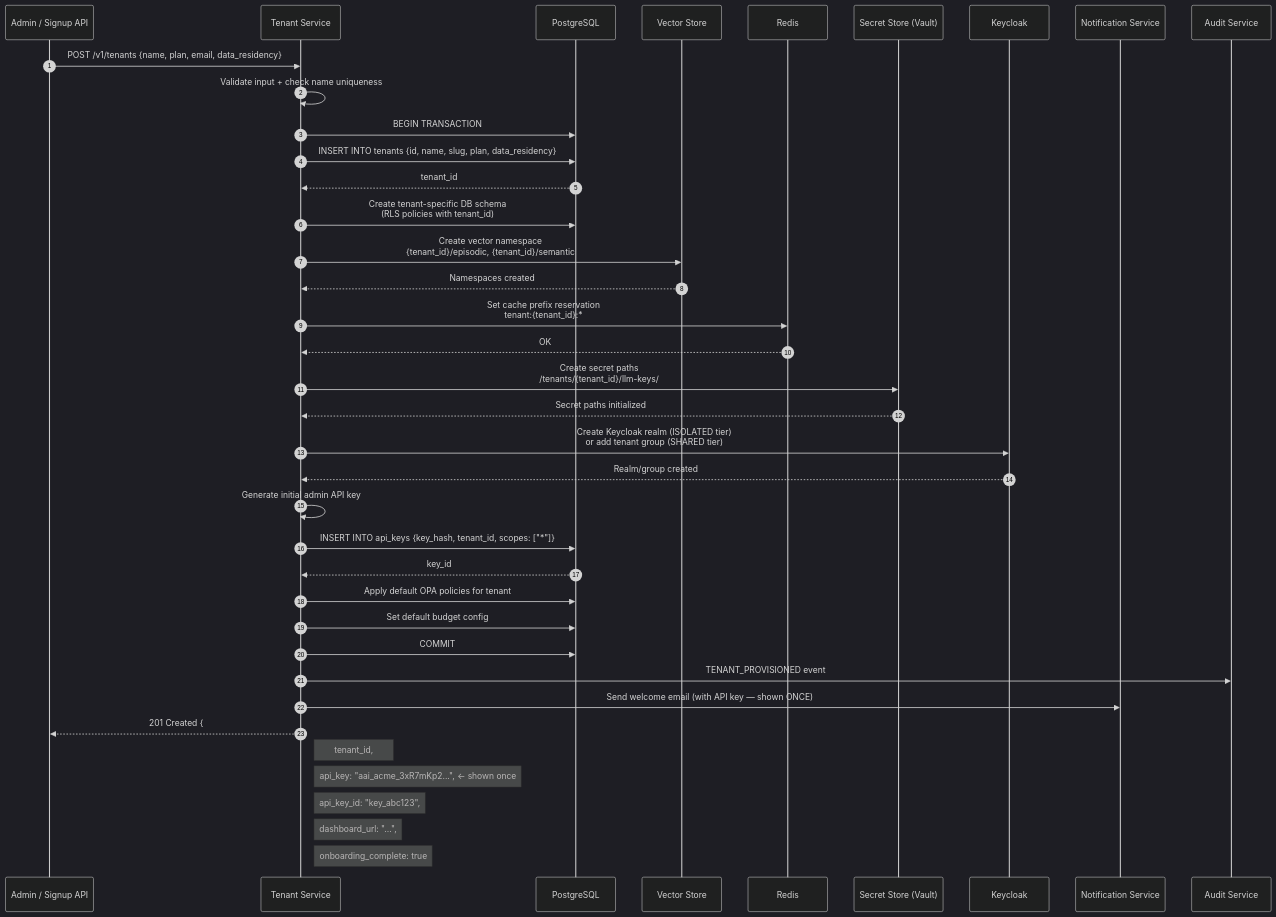
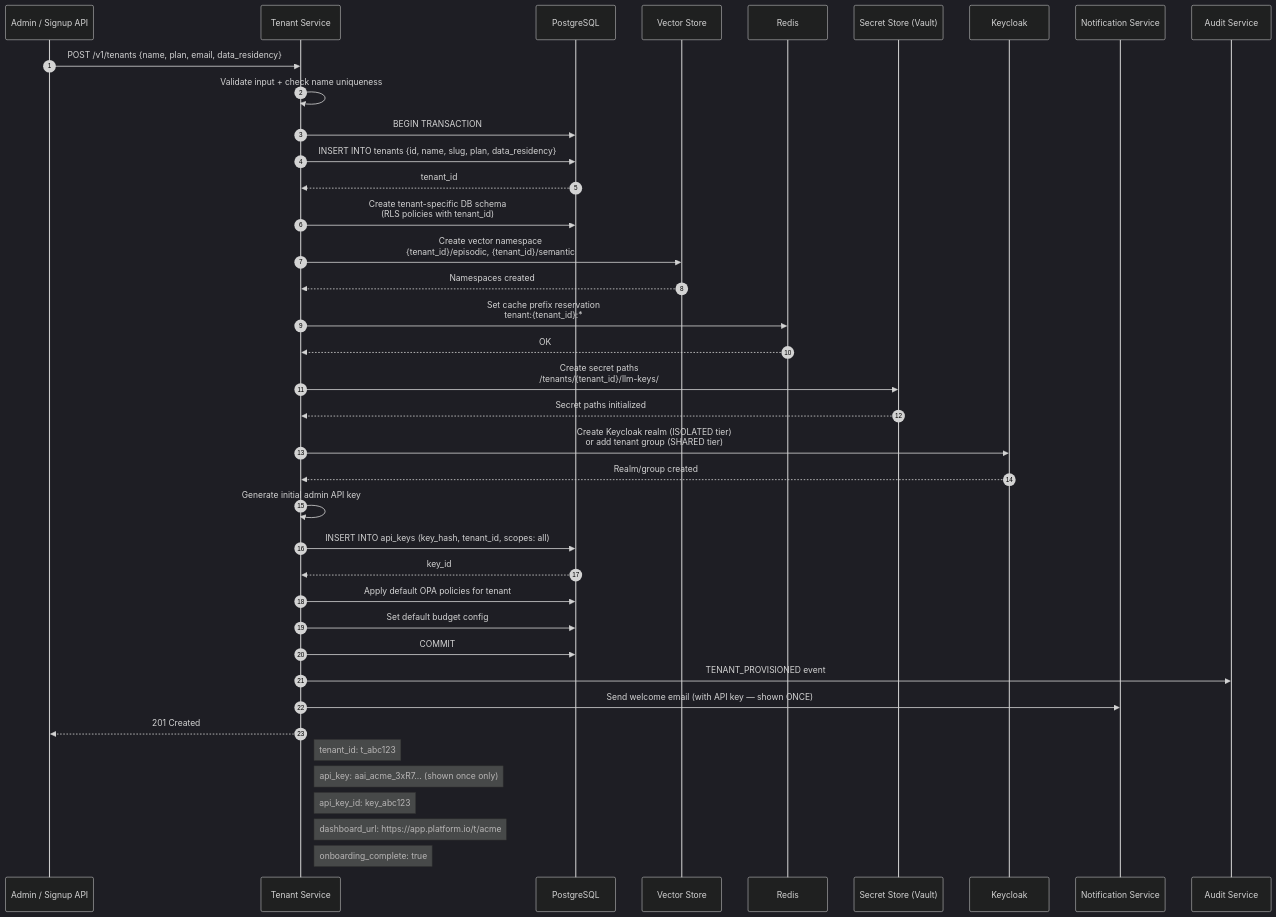
Diagram 12 of 18 in SEQUENCE_DIAGRAMS.md (GVijay456/Test), drawn with Mermaid (dark theme) before and after one commit. The commit also changed other lines of this file and 1 other file, not shown here.

First line of the commit message:
Fix Mermaid sequence diagram rendering issues

````diff
--- a/SEQUENCE_DIAGRAMS.md
+++ b/SEQUENCE_DIAGRAMS.md
@@ -658,54 +655,54 @@
 ```mermaid
 sequenceDiagram
     autonumber
     participant ADM as Admin / Signup API
     participant TS  as Tenant Service
     participant DB  as PostgreSQL
     participant VS  as Vector Store
     participant RD  as Redis
     participant SS  as Secret Store (Vault)
     participant KC  as Keycloak
     participant NS  as Notification Service
     participant AU  as Audit Service
 
     ADM->>TS: POST /v1/tenants {name, plan, email, data_residency}
 
     TS->>TS: Validate input + check name uniqueness
     TS->>DB: BEGIN TRANSACTION
 
     TS->>DB: INSERT INTO tenants {id, name, slug, plan, data_residency}
     DB-->>TS: tenant_id
 
     TS->>DB: Create tenant-specific DB schema<br/>(RLS policies with tenant_id)
 
     TS->>VS: Create vector namespace<br/>{tenant_id}/episodic, {tenant_id}/semantic
     VS-->>TS: Namespaces created
 
     TS->>RD: Set cache prefix reservation<br/>tenant:{tenant_id}:*
     RD-->>TS: OK
 
     TS->>SS: Create secret paths<br/>/tenants/{tenant_id}/llm-keys/
     SS-->>TS: Secret paths initialized
 
     TS->>KC: Create Keycloak realm (ISOLATED tier)<br/>or add tenant group (SHARED tier)
     KC-->>TS: Realm/group created
 
     TS->>TS: Generate initial admin API key
-    TS->>DB: INSERT INTO api_keys {key_hash, tenant_id, scopes: ["*"]}
+    TS->>DB: INSERT INTO api_keys (key_hash, tenant_id, scopes: all)
     DB-->>TS: key_id
 
     TS->>DB: Apply default OPA policies for tenant
     TS->>DB: Set default budget config
 
     TS->>DB: COMMIT
 
     TS->>AU: TENANT_PROVISIONED event
     TS->>NS: Send welcome email (with API key — shown ONCE)
 
-    TS-->>ADM: 201 Created {
-    Note right of TS: tenant_id,
-    Note right of TS: api_key: "aai_acme_3xR7mKp2...",  ← shown once
-    Note right of TS: api_key_id: "key_abc123",
-    Note right of TS: dashboard_url: "...",
+    TS-->>ADM: 201 Created
+    Note right of TS: tenant_id: t_abc123
+    Note right of TS: api_key: aai_acme_3xR7... (shown once only)
+    Note right of TS: api_key_id: key_abc123
+    Note right of TS: dashboard_url: https://app.platform.io/t/acme
     Note right of TS: onboarding_complete: true
 ```
````
